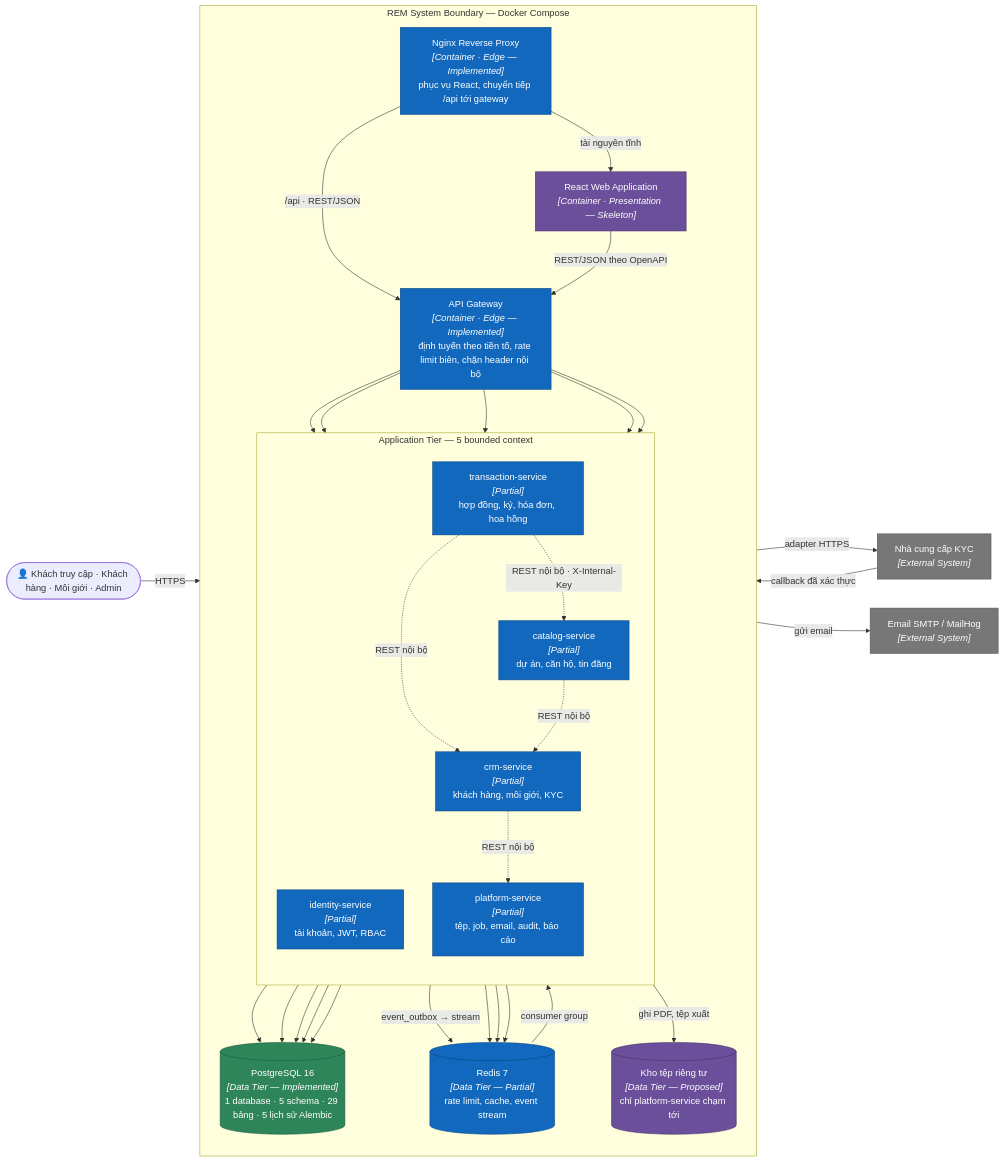
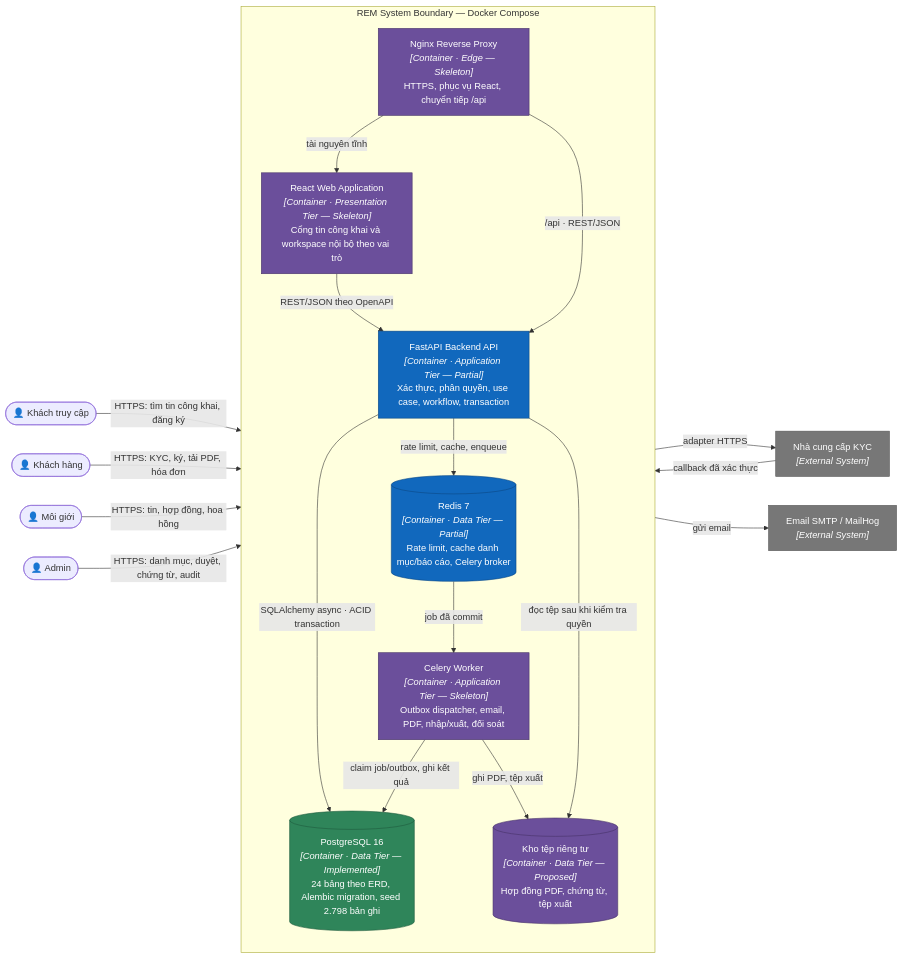
Before and after one commit to nvdat16/Real-Estate-Management: the third of 12 diagrams in docs/ARCHITECTURE.md, drawn with Mermaid. The commit also changed other lines of this file, not shown here.

Commit message:
docs(architecture): update architectural diagrams and technical specifications

````diff
--- a/docs/ARCHITECTURE.md
+++ b/docs/ARCHITECTURE.md
@@ -162,69 +160,48 @@
 ```mermaid
 flowchart LR
-    users(["👤 Khách truy cập · Khách hàng · Môi giới · Admin"])
+    guest(["👤 Khách truy cập"])
+    customer(["👤 Khách hàng"])
+    agent(["👤 Môi giới"])
+    admin(["👤 Admin"])
 
     subgraph system["REM System Boundary — Docker Compose"]
         direction TB
-        proxy["Nginx Reverse Proxy<br/><i>[Container · Edge — Implemented]</i><br/>phục vụ React, chuyển tiếp /api tới gateway"]
-        web["React Web Application<br/><i>[Container · Presentation — Skeleton]</i>"]
-        gw["API Gateway<br/><i>[Container · Edge — Implemented]</i><br/>định tuyến theo tiền tố, rate limit biên, chặn header nội bộ"]
-
-        subgraph svc["Application Tier — 5 bounded context"]
-            direction TB
-            identity["identity-service<br/><i>[Partial]</i><br/>tài khoản, JWT, RBAC"]
-            catalog["catalog-service<br/><i>[Partial]</i><br/>dự án, căn hộ, tin đăng"]
-            crm["crm-service<br/><i>[Partial]</i><br/>khách hàng, môi giới, KYC"]
-            txn["transaction-service<br/><i>[Partial]</i><br/>hợp đồng, ký, hóa đơn, hoa hồng"]
-            plat["platform-service<br/><i>[Partial]</i><br/>tệp, job, email, audit, báo cáo"]
-        end
-
-        db[("PostgreSQL 16<br/><i>[Data Tier — Implemented]</i><br/>1 database · 5 schema · 29 bảng · 5 lịch sử Alembic")]
-        redis[("Redis 7<br/><i>[Data Tier — Partial]</i><br/>rate limit, cache, event stream")]
-        store[("Kho tệp riêng tư<br/><i>[Data Tier — Proposed]</i><br/>chỉ platform-service chạm tới")]
+        proxy["Nginx Reverse Proxy<br/><i>[Container · Edge — Skeleton]</i><br/>HTTPS, phục vụ React, chuyển tiếp /api"]
+        web["React Web Application<br/><i>[Container · Presentation Tier — Skeleton]</i><br/>Cổng tin công khai và workspace nội bộ theo vai trò"]
+        api["FastAPI Backend API<br/><i>[Container · Application Tier — Partial]</i><br/>Xác thực, phân quyền, use case, workflow, transaction"]
+        worker["Celery Worker<br/><i>[Container · Application Tier — Skeleton]</i><br/>Outbox dispatcher, email, PDF, nhập/xuất, đối soát"]
+        db[("PostgreSQL 16<br/><i>[Container · Data Tier — Implemented]</i><br/>24 bảng theo ERD, Alembic migration, seed 2.798 bản ghi")]
+        redis[("Redis 7<br/><i>[Container · Data Tier — Partial]</i><br/>Rate limit, cache danh mục/báo cáo, Celery broker")]
+        store[("Kho tệp riêng tư<br/><i>[Container · Data Tier — Proposed]</i><br/>Hợp đồng PDF, chứng từ, tệp xuất")]
     end
 
     kyc["Nhà cung cấp KYC<br/><i>[External System]</i>"]
     mail["Email SMTP / MailHog<br/><i>[External System]</i>"]
 
-    users -->|HTTPS| proxy
+    guest -->|"HTTPS: tìm tin công khai, đăng ký"| proxy
+    customer -->|"HTTPS: KYC, ký, tải PDF, hóa đơn"| proxy
+    agent -->|"HTTPS: tin, hợp đồng, hoa hồng"| proxy
+    admin -->|"HTTPS: danh mục, duyệt, chứng từ, audit"| proxy
+
     proxy -->|"tài nguyên tĩnh"| web
-    proxy -->|"/api · REST/JSON"| gw
-    web -->|"REST/JSON theo OpenAPI"| gw
-
-    gw --> identity
-    gw --> catalog
-    gw --> crm
-    gw --> txn
-    gw --> plat
-
-    identity --> db
-    catalog --> db
-    crm --> db
-    txn --> db
-    plat --> db
-
-    txn -.->|"REST nội bộ · X-Internal-Key"| catalog
-    txn -.->|"REST nội bộ"| crm
-    catalog -.->|"REST nội bộ"| crm
-    crm -.->|"REST nội bộ"| plat
-
-    identity -->|"event_outbox → stream"| redis
-    catalog --> redis
-    crm --> redis
-    txn --> redis
-    redis -->|"consumer group"| plat
-
-    plat -->|"ghi PDF, tệp xuất"| store
-    crm -->|"adapter HTTPS"| kyc
-    kyc -->|"callback đã xác thực"| crm
-    plat -->|"gửi email"| mail
+    proxy -->|"/api · REST/JSON"| api
+    web -->|"REST/JSON theo OpenAPI"| api
+    api -->|"SQLAlchemy async · ACID transaction"| db
+    api -->|"rate limit, cache, enqueue"| redis
+    api -->|"đọc tệp sau khi kiểm tra quyền"| store
+    redis -->|"job đã commit"| worker
+    worker -->|"claim job/outbox, ghi kết quả"| db
+    worker -->|"ghi PDF, tệp xuất"| store
+    api -->|"adapter HTTPS"| kyc
+    kyc -->|"callback đã xác thực"| api
+    worker -->|"gửi email"| mail
 
     classDef partial fill:#1168bd,color:#fff,stroke:#0b4884
     classDef skeleton fill:#6b4f9b,color:#fff,stroke:#463267
     classDef contract fill:#2f855a,color:#fff,stroke:#1f5b3d
     classDef external fill:#777,color:#fff,stroke:#555
-    class identity,catalog,crm,txn,plat,redis,gw,proxy partial
-    class web,store skeleton
+    class api,redis partial
+    class proxy,web,worker,store skeleton
     class db contract
     class kyc,mail external
 ```
````
